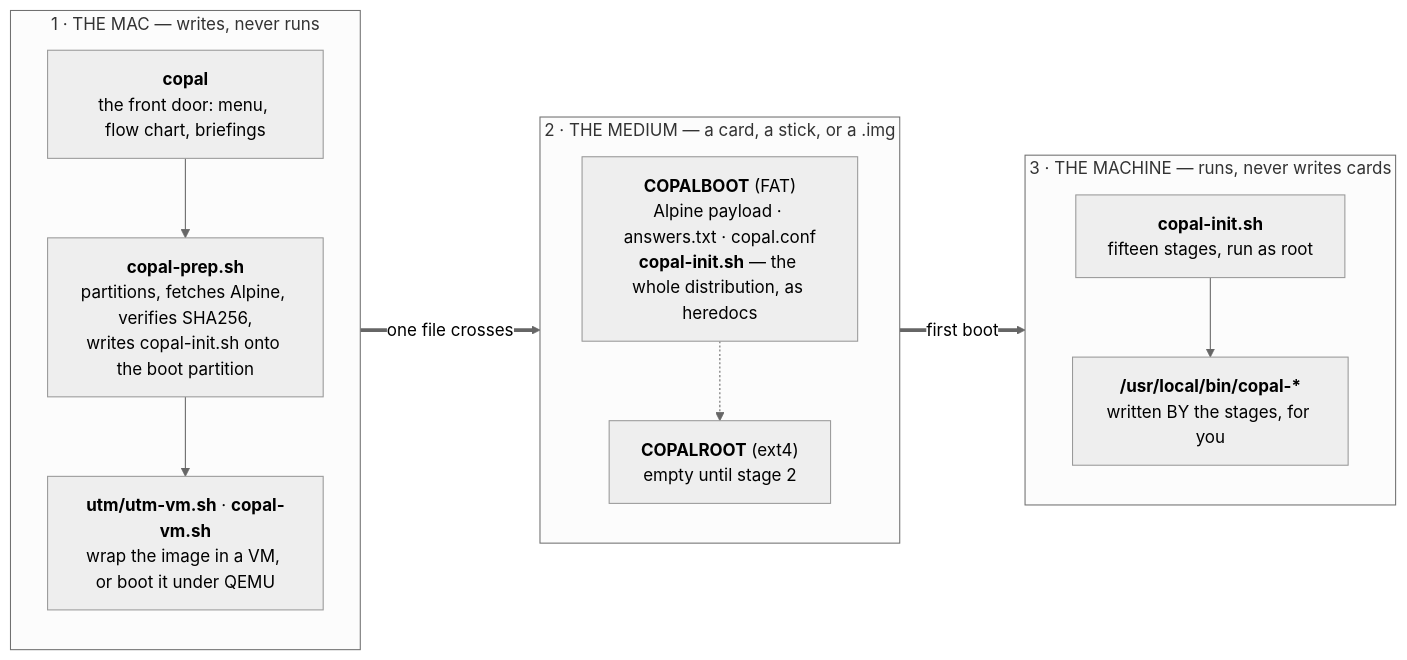
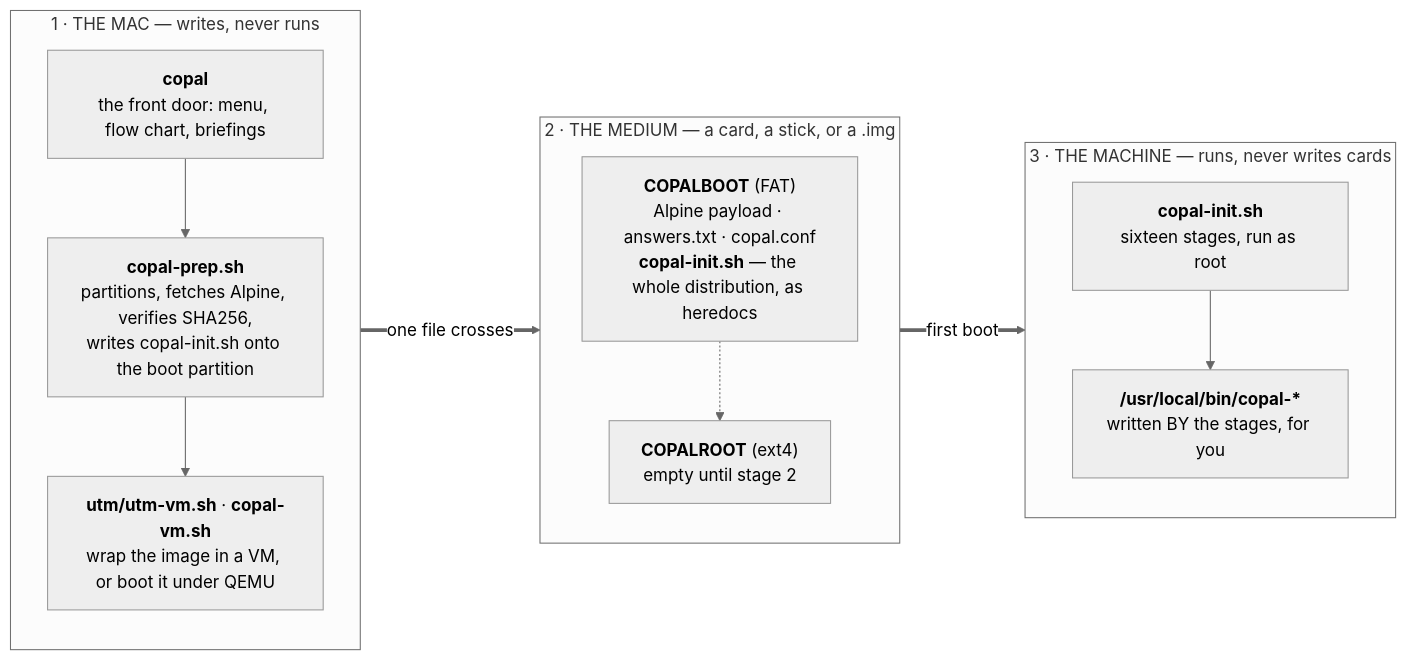
One commit to copallinux/copal changed the fifth of 5 diagrams in README.md. Above: the diagram before and after it, drawn with Mermaid (neutral theme). The commit also changed other lines of this file and 4 other files, not shown here.

````diff
--- a/README.md
+++ b/README.md
@@ -1197,24 +1220,24 @@
 ```mermaid
 flowchart LR
     subgraph HOST["1 · THE MAC — writes, never runs"]
         direction TB
         H1["<b>copal</b><br/>the front door: menu, flow chart, briefings"]
         H2["<b>copal-prep.sh</b><br/>partitions, fetches Alpine, verifies SHA256,<br/>writes copal-init.sh onto the boot partition"]
         H3["<b>utm/utm-vm.sh</b> · <b>copal-vm.sh</b><br/>wrap the image in a VM, or boot it under QEMU"]
         H1 --> H2 --> H3
     end
     subgraph MEDIA["2 · THE MEDIUM — a card, a stick, or a .img"]
         direction TB
         M1["<b>COPALBOOT</b> (FAT)<br/>Alpine payload · answers.txt · copal.conf<br/><b>copal-init.sh</b> — the whole distribution, as heredocs"]
         M2["<b>COPALROOT</b> (ext4)<br/>empty until stage 2"]
         M1 -.-> M2
     end
     subgraph TARGET["3 · THE MACHINE — runs, never writes cards"]
         direction TB
-        T1["<b>copal-init.sh</b><br/>fifteen stages, run as root"]
+        T1["<b>copal-init.sh</b><br/>sixteen stages, run as root"]
         T2["<b>/usr/local/bin/copal-*</b><br/>written BY the stages, for you"]
         T1 --> T2
     end
     HOST ==>|"one file crosses"| MEDIA
     MEDIA ==>|"first boot"| TARGET
 ```
````
